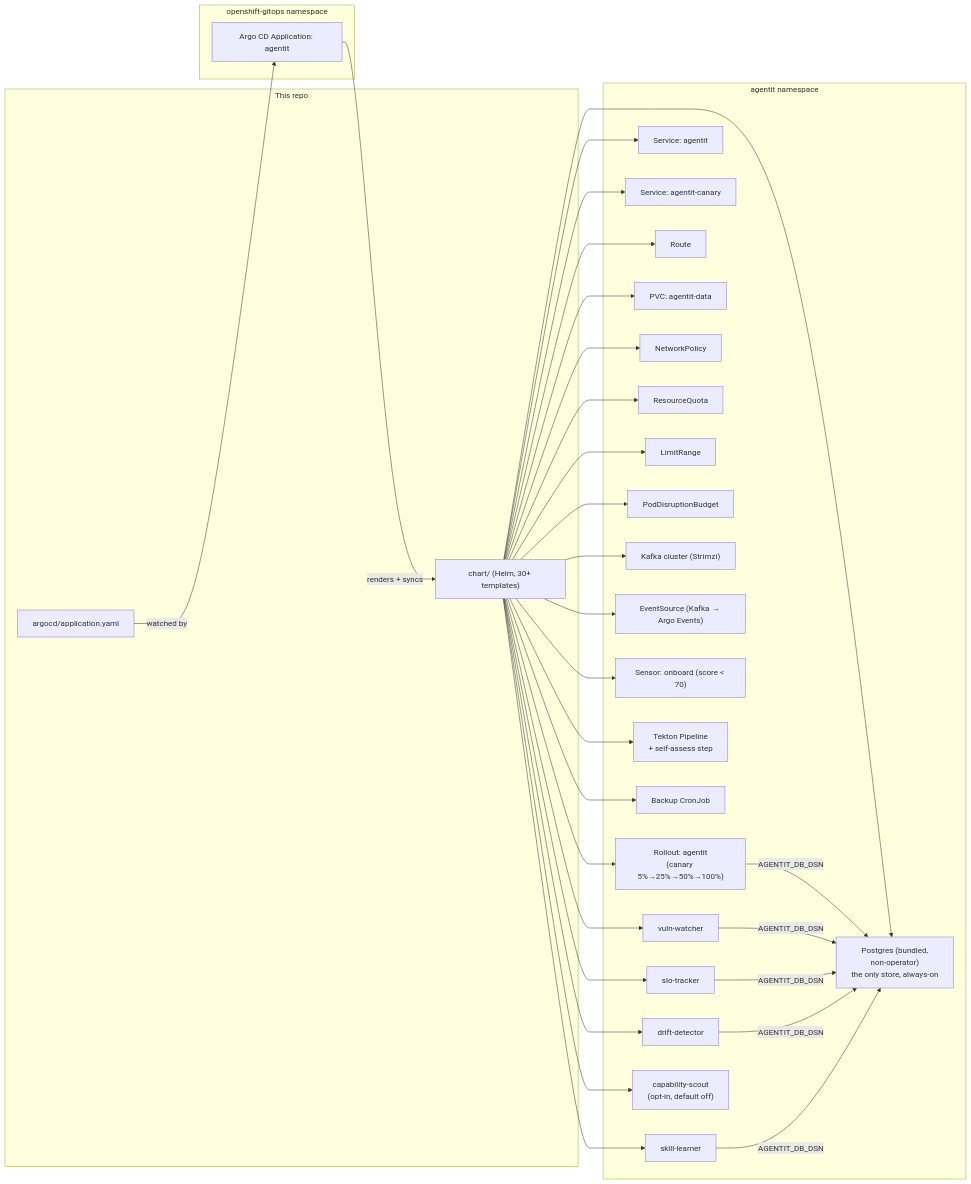
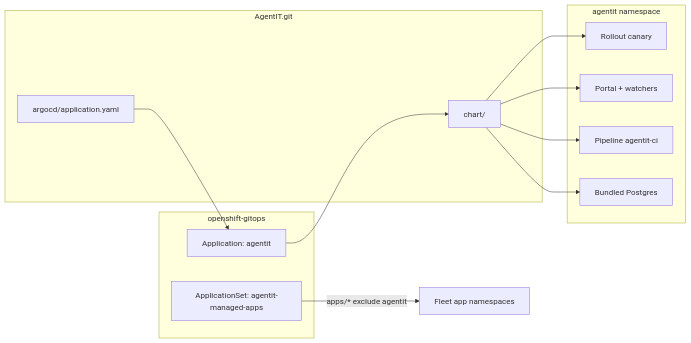
Before and after one commit to alimobrem/AgentIT: the third of 3 diagrams in docs/architecture.md, drawn with Mermaid. The commit also changed other lines of this file and 25 other files, not shown here.

````diff
--- a/docs/architecture.md
+++ b/docs/architecture.md
@@ -368,44 +160,20 @@
 ```mermaid
 graph LR
-    subgraph Git["This repo"]
-        Chart["chart/ (Helm, 30+ templates)"]
+    subgraph Git["AgentIT.git"]
+        Chart["chart/"]
         AppYaml["argocd/application.yaml"]
     end
-
-    subgraph GitOps["openshift-gitops namespace"]
-        ArgoCD["Argo CD Application: agentit"]
+    subgraph GitOpsNS["openshift-gitops"]
+        Argo["Application: agentit"]
+        AppSet["ApplicationSet: agentit-managed-apps"]
     end
-
     subgraph NS["agentit namespace"]
-        Rollout["Rollout: agentit\n(canary 5%→25%→50%→100%)"]
-        SvcStable["Service: agentit"]
-        SvcCanary["Service: agentit-canary"]
-        Route["Route"]
-        PVC["PVC: agentit-data"]
-        NetPol["NetworkPolicy"]
-        Quota["ResourceQuota"]
-        LimitRange["LimitRange"]
-        PDB["PodDisruptionBudget"]
-        KafkaCluster["Kafka cluster (Strimzi)"]
-        EventSource["EventSource (Kafka → Argo Events)"]
-        SensorOnboard["Sensor: onboard (score < 70)"]
-        Pipeline["Tekton Pipeline\n+ self-assess step"]
-        BackupCron["Backup CronJob"]
-        VulnWatcher["vuln-watcher"]
-        SloTracker["slo-tracker"]
-        DriftDetector["drift-detector"]
-        SkillLearner["skill-learner"]
-        CapabilityScout["capability-scout\n(opt-in, default off)"]
-        PgBundled["Postgres (bundled,\nnon-operator)\nthe only store, always-on"]
+        Rollout["Rollout canary"]
+        Portal["Portal + watchers"]
+        Tekton["Pipeline agentit-ci"]
+        Pg["Bundled Postgres"]
     end
-
-    AppYaml -->|"watched by"| ArgoCD
-    ArgoCD -->|"renders + syncs"| Chart
-    Chart --> Rollout & SvcStable & SvcCanary & Route & PVC
-    Chart --> NetPol & Quota & LimitRange & PDB
-    Chart --> KafkaCluster & EventSource & SensorOnboard
-    Chart --> Pipeline & BackupCron
-    Chart --> VulnWatcher & SloTracker & DriftDetector & SkillLearner & CapabilityScout
-    Chart --> PgBundled
-    Rollout & VulnWatcher & SloTracker & DriftDetector & SkillLearner -->|"AGENTIT_DB_DSN"| PgBundled
+    AppYaml --> Argo
+    Argo --> Chart --> Rollout & Portal & Tekton & Pg
+    AppSet -->|"apps/* exclude agentit"| FleetApps["Fleet app namespaces"]
 ```
````
